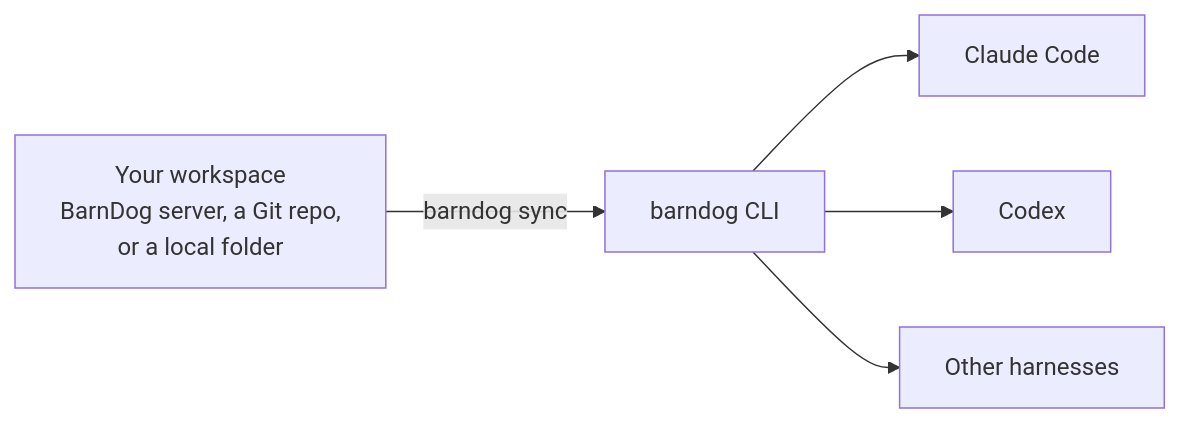
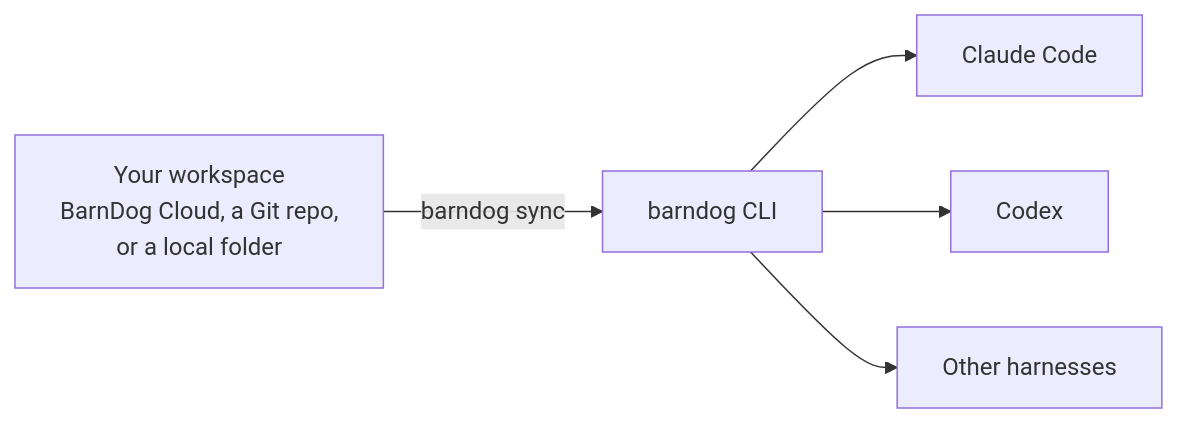
Before and after one commit to barndog-ai/barndog-cli: the diagram in README.md, drawn with Mermaid. The commit also changed other lines of this file and 1 other file, not shown here.

````diff
--- a/README.md
+++ b/README.md
@@ -21,7 +21,7 @@
 ```mermaid
 flowchart LR
-  W["Your workspace<br/>BarnDog server, a Git repo,<br/>or a local folder"] -->|barndog sync| C["barndog CLI"]
+  W["Your workspace<br/>BarnDog Cloud, a Git repo,<br/>or a local folder"] -->|barndog sync| C["barndog CLI"]
   C --> CC[Claude Code]
   C --> CX[Codex]
   C --> CU[Other harnesses]
 ```
````
